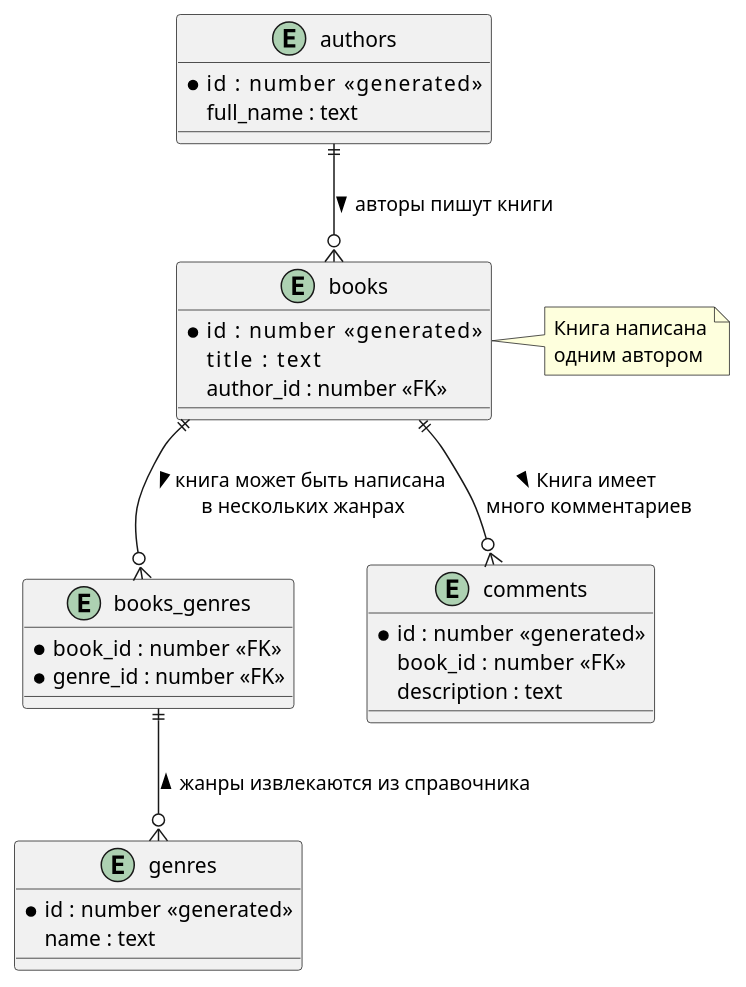
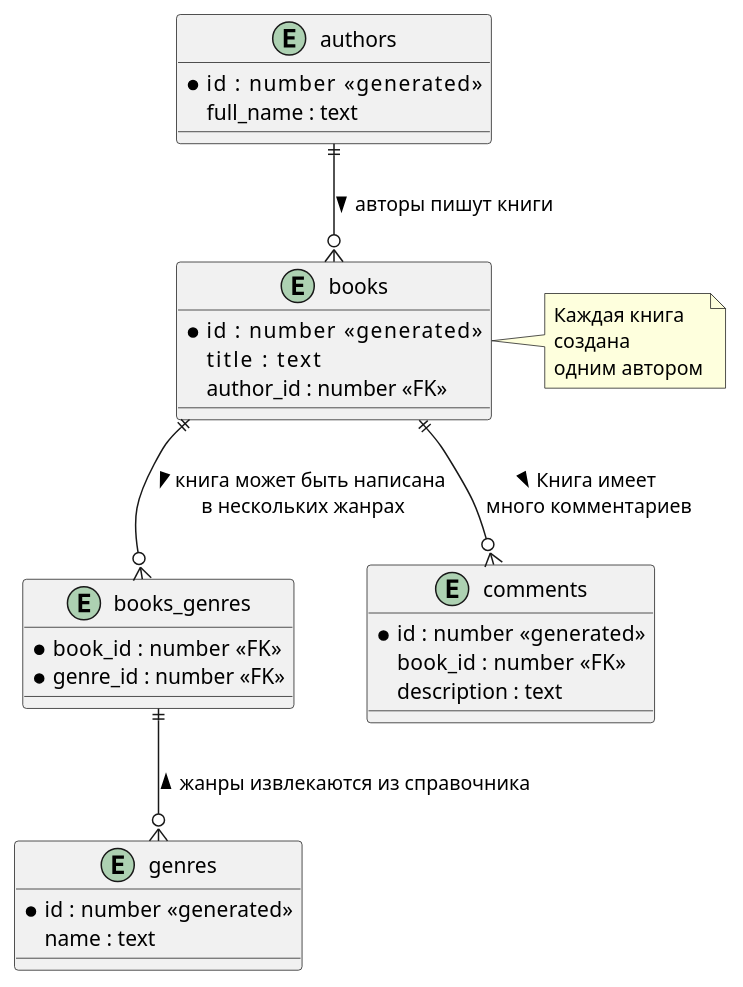
The diagram in SPRING-06/src/main/resources/shema.puml (void2ptr/2023-09-otus-spring-Soloviev), drawn with PlantUML before and after one commit. The commit also changed 21 other files, not shown here.

```diff
--- a/SPRING-06/src/main/resources/shema.puml
+++ b/SPRING-06/src/main/resources/shema.puml
@@ -1,42 +1,42 @@
 @startuml
 'https://plantuml.com/ie-diagram
 
 entity authors {
     *id       : number <<generated>>
     full_name : text
 }
 
 entity books {
    *id       : number <<generated>>
    title     : text
    author_id : number <<FK>>
 }
 
 entity books_genres {
     *book_id  : number <<FK>>
     *genre_id : number <<FK>>
 }
 
 entity genres {
     *id  : number <<generated>>
     name : text
 }
 
 entity comments {
     *id  : number <<generated>>
     book_id  : number <<FK>>
     description : text
 }
 
 authors      ||--o{ books        : > авторы пишут книги
 books        ||--o{ books_genres : > книга может быть написана \n в нескольких жанрах
 books_genres ||--o{ genres       : < жанры извлекаются из справочника
 books        ||--o{ comments       : > Книга имеет \n много комментариев
 
 note right of books
-Книга написана
+Каждая книга
+создана
 одним автором
 end note
 
-
 @enduml
```
